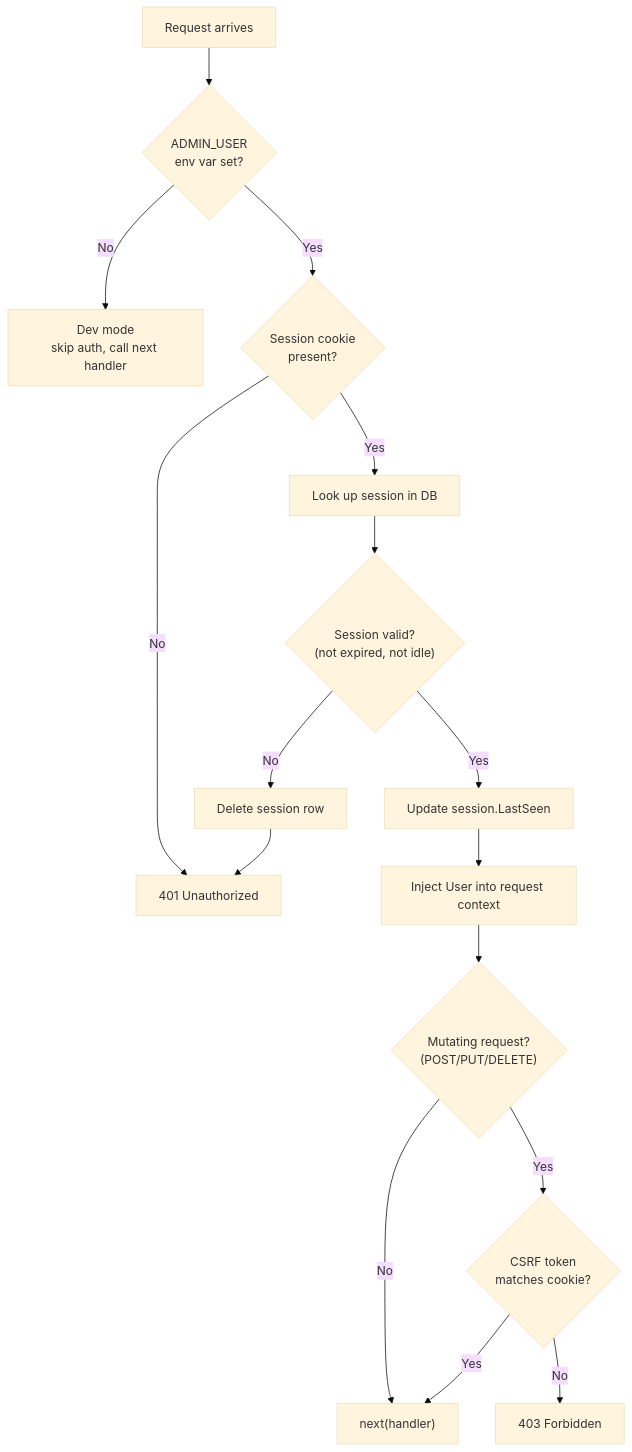
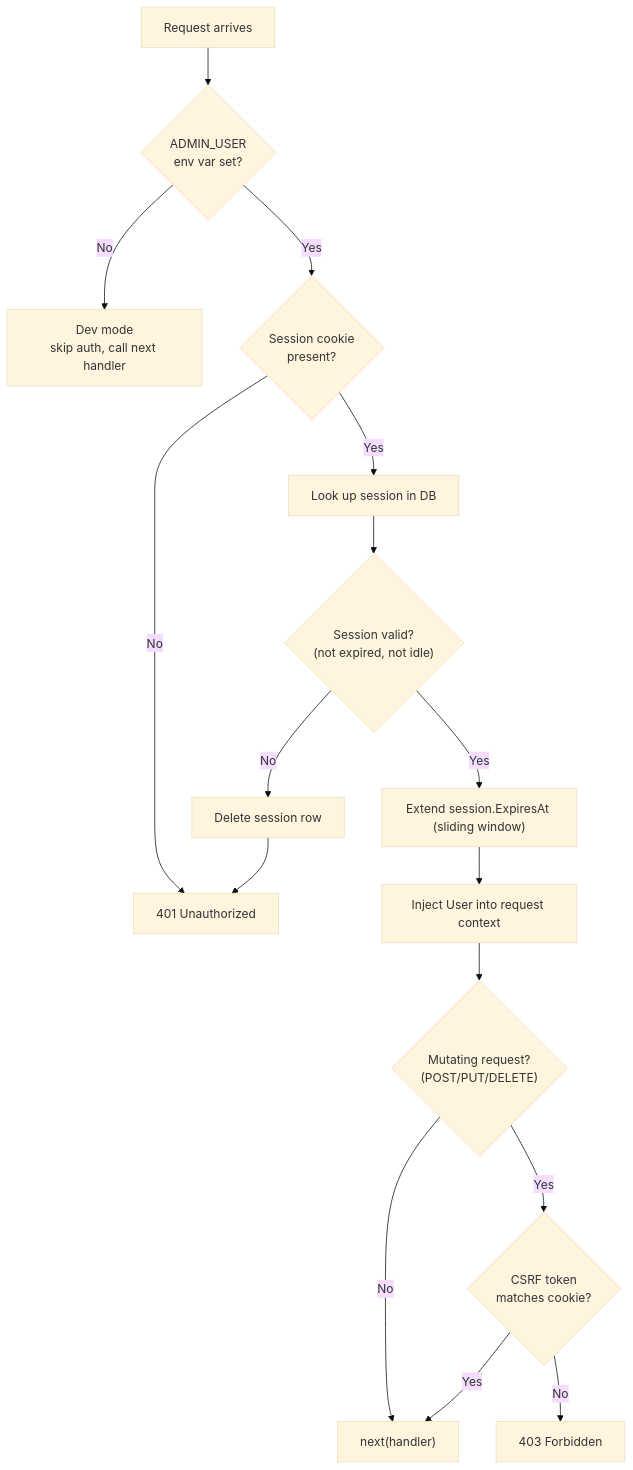
The fifth of 9 diagrams in ARCHITECTURE.md (MacXsimilian/kube-phoenix), drawn with Mermaid (base theme) before and after one commit. The commit also changed other lines of this file and 5 other files, not shown here.

````diff
--- a/ARCHITECTURE.md
+++ b/ARCHITECTURE.md
@@ -1898,27 +1932,27 @@
 ```mermaid
 flowchart TD
     Start["Request arrives"] --> AuthSet{"ADMIN_USER<br/>env var set?"}
 
     AuthSet -- "No" --> DevMode["Dev mode<br/>skip auth, call next handler"]
 
     AuthSet -- "Yes" --> HasCookie{"Session cookie<br/>present?"}
 
     HasCookie -- "No" --> Reject401["401 Unauthorized"]
 
     HasCookie -- "Yes" --> LookupSession["Look up session in DB"]
 
     LookupSession --> Valid{"Session valid?<br/>(not expired, not idle)"}
 
     Valid -- "No" --> DeleteSession["Delete session row"]
     DeleteSession --> Reject401
 
-    Valid -- "Yes" --> UpdateLastSeen["Update session.LastSeen"]
-    UpdateLastSeen --> InjectUser["Inject User into request context"]
+    Valid -- "Yes" --> ExtendExpiry["Extend session.ExpiresAt (sliding window)"]
+    ExtendExpiry --> InjectUser["Inject User into request context"]
     InjectUser --> CheckCSRF{"Mutating request?<br/>(POST/PUT/DELETE)"}
 
     CheckCSRF -- "No" --> Allow["next(handler)"]
     CheckCSRF -- "Yes" --> CSRFValid{"CSRF token<br/>matches cookie?"}
 
     CSRFValid -- "Yes" --> Allow
     CSRFValid -- "No" --> Reject403["403 Forbidden"]
 ```
````
